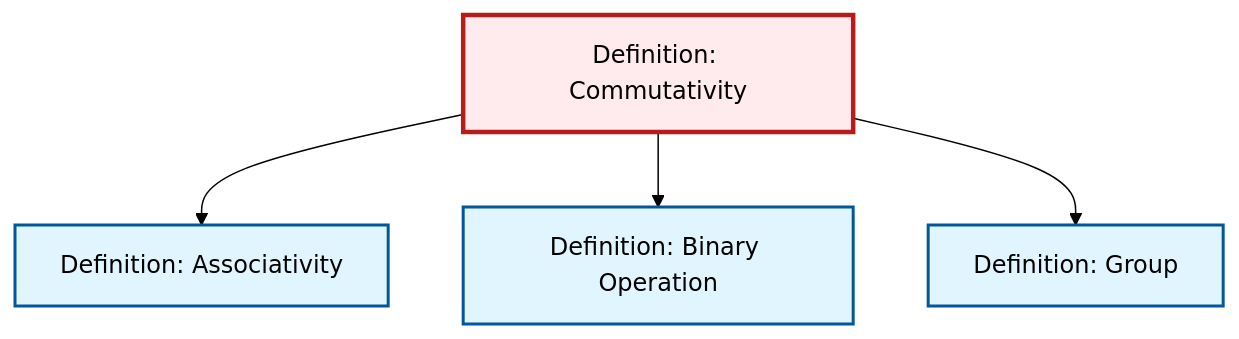
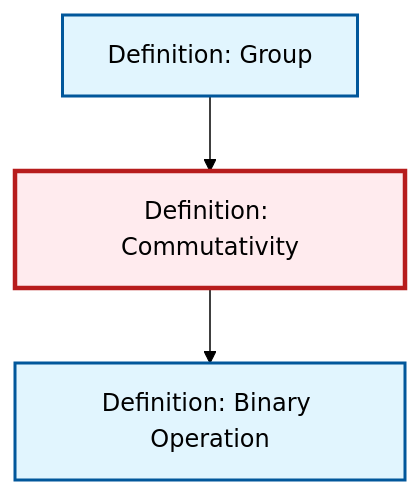
One commit to RK0429/ModernMath changed the diagram in content/ja/algebra/def-commutativity.qmd. Above: the diagram before and after it, drawn with Mermaid (forest theme). The commit also changed 511 other files, not shown here.

````diff
--- a/content/ja/algebra/def-commutativity.qmd
+++ b/content/ja/algebra/def-commutativity.qmd
@@ -101,21 +101,15 @@
 ```{mermaid}
 %%| fig-cap: "Local dependency graph"
 graph TD
     classDef definition fill:#e1f5fe,stroke:#01579b,stroke-width:2px
     classDef theorem fill:#f3e5f5,stroke:#4a148c,stroke-width:2px
     classDef axiom fill:#fff3e0,stroke:#e65100,stroke-width:2px
     classDef example fill:#e8f5e9,stroke:#1b5e20,stroke-width:2px
     classDef current fill:#ffebee,stroke:#b71c1c,stroke-width:3px
     def-group["Definition: Group"]:::definition
+    def-commutativity["Definition: Commutativity"]:::definition
     def-binary-operation["Definition: Binary Operation"]:::definition
-    def-associativity["Definition: Associativity"]:::definition
-    def-commutativity["Definition: Commutativity"]:::definition
-    def-commutativity --> def-associativity
     def-commutativity --> def-binary-operation
-    def-commutativity --> def-group
+    def-group --> def-commutativity
     class def-commutativity current
-
-    click def-group "def-group.html" "Definition: Groupへ"
-    click def-binary-operation "def-binary-operation.html" "Definition: Binary Operationへ"
-    click def-associativity "def-associativity.html" "Definition: Associativityへ"
 ```
````
